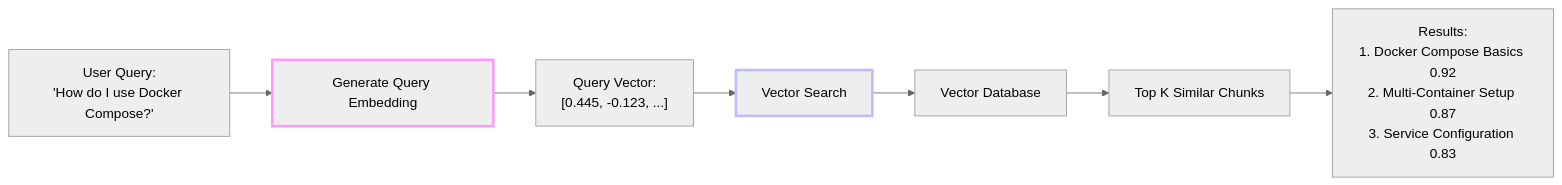
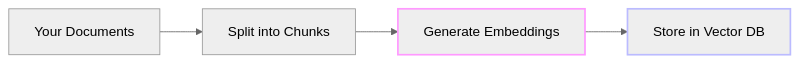
Before and after one commit to Shaddix/mostlylucidweb: the second of 4 diagrams in Mostlylucid/Markdown/rag-primer.md, drawn with Mermaid (neutral theme). The commit also changed other lines of this file and 2 other files, not shown here.

````diff
--- a/Mostlylucid/Markdown/rag-primer.md
+++ b/Mostlylucid/Markdown/rag-primer.md
@@ -399,12 +173,9 @@
 ```mermaid
 flowchart LR
-    A["User Query:<br/>'How do I use Docker Compose?'"] --> B[Generate Query Embedding]
-    B --> C["Query Vector:<br/>[0.445, -0.123, ...]"]
-    C --> D[Vector Search]
-    D --> E[Vector Database]
-    E --> F[Top K Similar Chunks]
-    F --> G["Results:<br/>1. Docker Compose Basics 0.92<br/>2. Multi-Container Setup 0.87<br/>3. Service Configuration 0.83"]
+    A[Your Documents] --> B[Split into Chunks]
+    B --> C[Generate Embeddings]
+    C --> D[Store in Vector DB]
 
-    style B stroke:#f9f,stroke-width:3px
-    style D stroke:#bbf,stroke-width:3px
+    style C stroke:#f9f,stroke-width:2px
+    style D stroke:#bbf,stroke-width:2px
 ```
````
